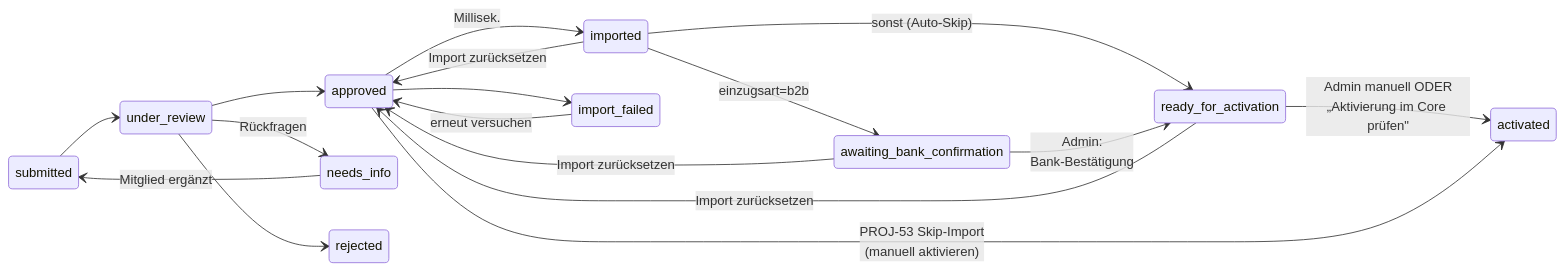
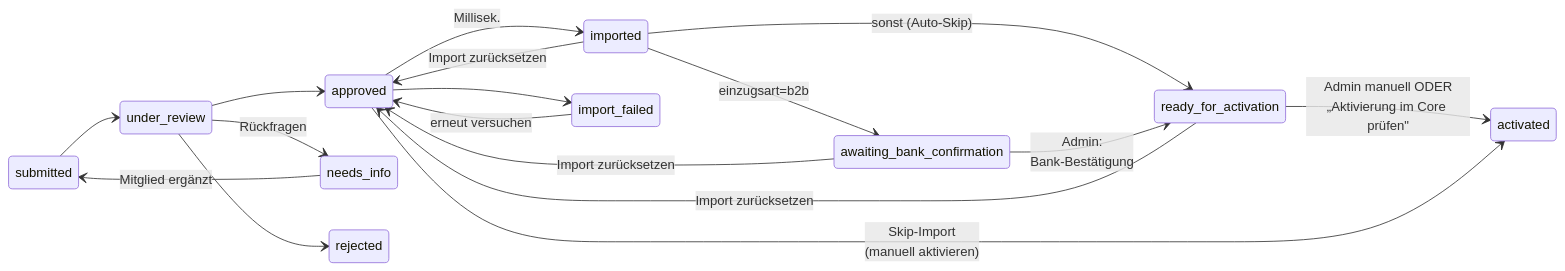
The diagram in docs/user-guide/05-admin-status.md (Marki4711/eegfaktura-member-onboarding), drawn with Mermaid before and after one commit. The commit also changed other lines of this file and 3 other files, not shown here.

````diff
--- a/docs/user-guide/05-admin-status.md
+++ b/docs/user-guide/05-admin-status.md
@@ -10,24 +10,24 @@
 ```mermaid
 stateDiagram-v2
     direction LR
     submitted --> under_review
     under_review --> approved
     approved --> imported: Millisek.
     approved --> import_failed
     import_failed --> approved: erneut versuchen
 
     under_review --> needs_info: Rückfragen
     needs_info --> submitted: Mitglied ergänzt
     under_review --> rejected
 
     imported --> awaiting_bank_confirmation: einzugsart=b2b
     imported --> ready_for_activation: sonst (Auto-Skip)
     awaiting_bank_confirmation --> ready_for_activation: Admin:<br/>Bank-Bestätigung
     ready_for_activation --> activated: Admin manuell ODER<br/>„Aktivierung im Core prüfen"
 
-    approved --> activated: PROJ-53 Skip-Import<br/>(manuell aktivieren)
+    approved --> activated: Skip-Import<br/>(manuell aktivieren)
 
     awaiting_bank_confirmation --> approved: Import zurücksetzen
     ready_for_activation --> approved: Import zurücksetzen
     imported --> approved: Import zurücksetzen
 ```
````
